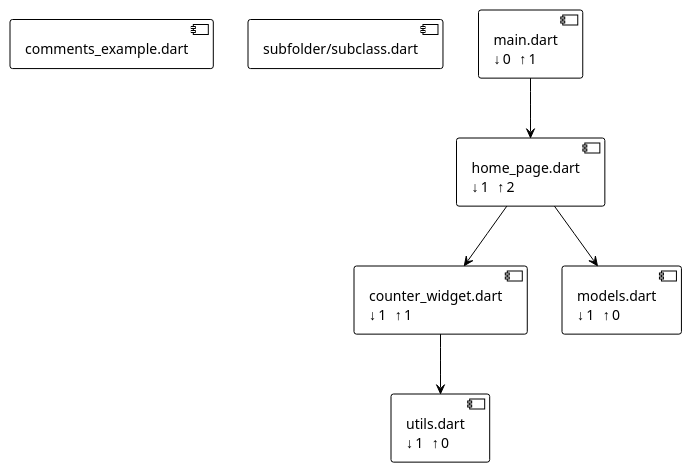
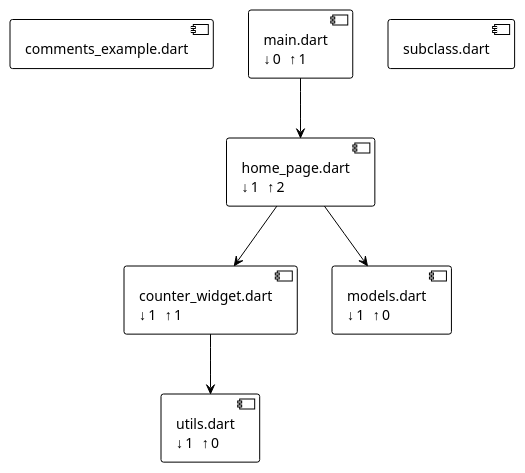
The diagram in example/fcheck.puml (vteam-com/fCheck), drawn with PlantUML before and after one commit. The commit also changed 30 other files, not shown here.

```diff
--- a/example/fcheck.puml
+++ b/example/fcheck.puml
@@ -1,17 +1,17 @@
 @startuml Architecture
 !theme plain
 
 component [comments_example.dart] as compcommentsexample
-component [subfolder/subclass.dart] as compsubfoldersubclass
 component [main.dart\n↓0 ↑1] as compmain
+component [subclass.dart] as compsubfoldersubclass
 component [utils.dart\n↓1 ↑0] as computils
 component [counter_widget.dart\n↓1 ↑1] as compcounterwidget
 component [models.dart\n↓1 ↑0] as compmodels
 component [home_page.dart\n↓1 ↑2] as comphomepage
 
-"compmain" --> "comphomepage"
 "compcounterwidget" --> "computils"
 "comphomepage" --> "compcounterwidget"
 "comphomepage" --> "compmodels"
+"compmain" --> "comphomepage"
 
 @enduml
```
